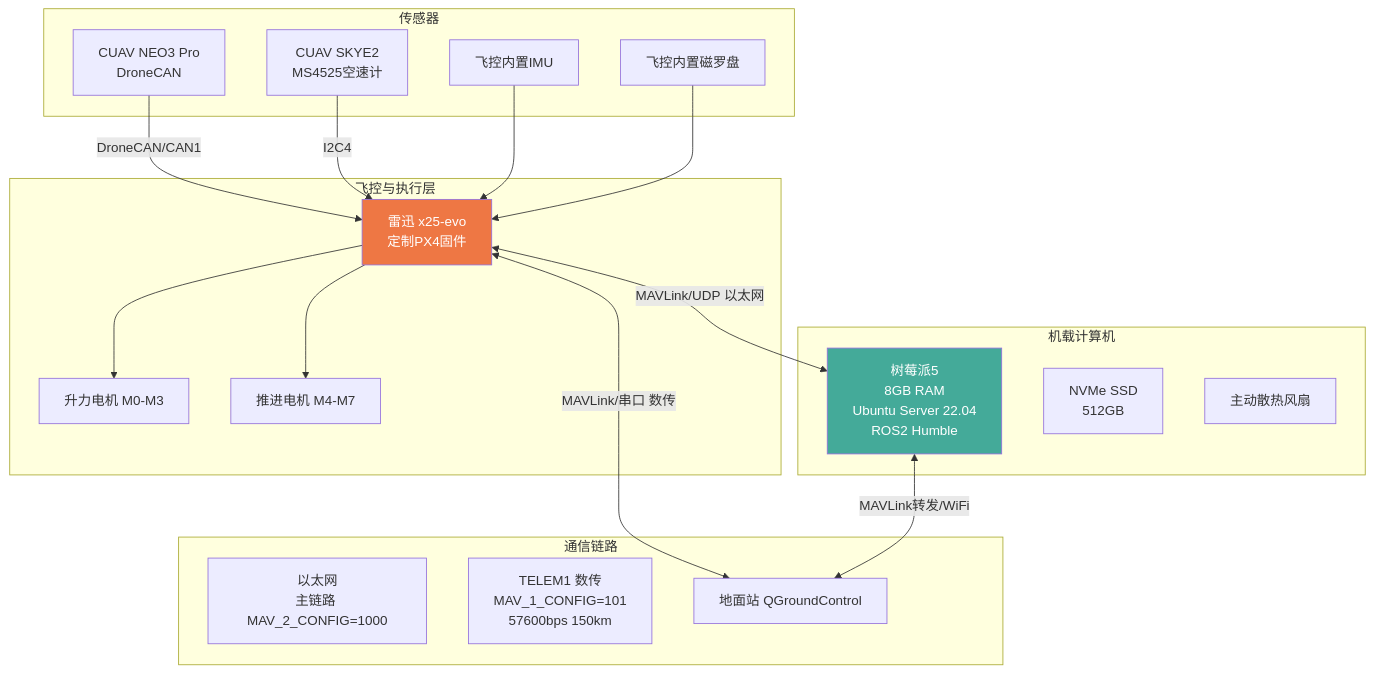
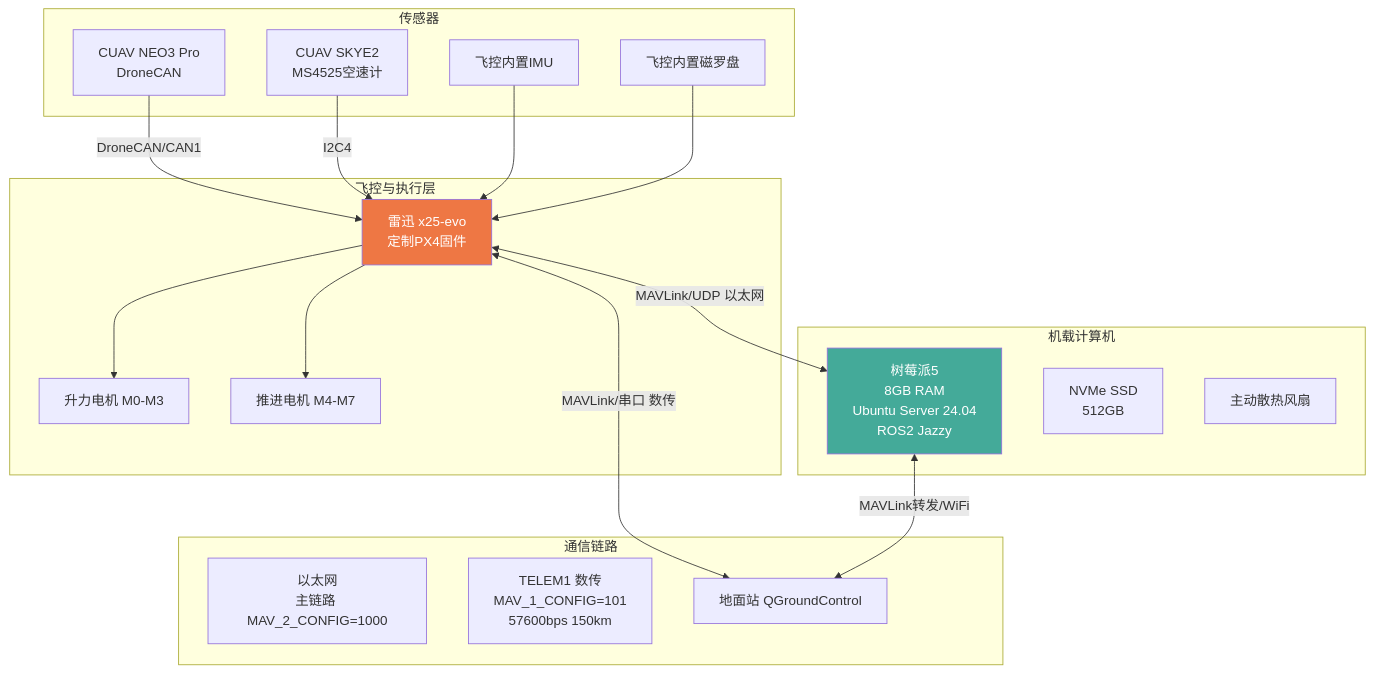
The first of 6 diagrams in docs/07_树莓派5机载计算机架构.md (yas8086/LINGYUN-CoPilot), drawn with Mermaid before and after one commit. The commit also changed other lines of this file and 23 other files, not shown here.

````diff
--- a/docs/07_树莓派5机载计算机架构.md
+++ b/docs/07_树莓派5机载计算机架构.md
@@ -25,42 +25,42 @@
 ```mermaid
 graph TB
     subgraph 机载计算机
-        RPi5[树莓派5<br/>8GB RAM<br/>Ubuntu Server 22.04<br/>ROS2 Humble]
+        RPi5[树莓派5<br/>8GB RAM<br/>Ubuntu Server 24.04<br/>ROS2 Jazzy]
         NVMe[NVMe SSD<br/>512GB]
         Fan[主动散热风扇]
     end
 
     subgraph 飞控与执行层
         FC[雷迅 x25-evo<br/>定制PX4固件]
         M0M3[升力电机 M0-M3]
         M4M7[推进电机 M4-M7]
     end
 
     subgraph 传感器
         GPS[CUAV NEO3 Pro<br/>DroneCAN]
         AS[CUAV SKYE2<br/>MS4525空速计]
         IMU[飞控内置IMU]
         Mag[飞控内置磁罗盘]
     end
 
     subgraph 通信链路
         ETH[以太网<br/>主链路 MAV_2_CONFIG=1000]
         TELEM1[TELEM1 数传<br/>MAV_1_CONFIG=101<br/>57600bps 150km]
         GS[地面站 QGroundControl]
     end
 
     GPS -- DroneCAN/CAN1 --> FC
     AS -- I2C4 --> FC
     IMU --> FC
     Mag --> FC
 
     FC --> M0M3
     FC --> M4M7
 
     FC <-->|MAVLink/UDP 以太网| RPi5
     FC <-->|MAVLink/串口 数传| GS
     RPi5 <-->|MAVLink转发/WiFi| GS
 
     style RPi5 fill:#4a9,color:#fff
     style FC fill:#e74,color:#fff
 ```
````
